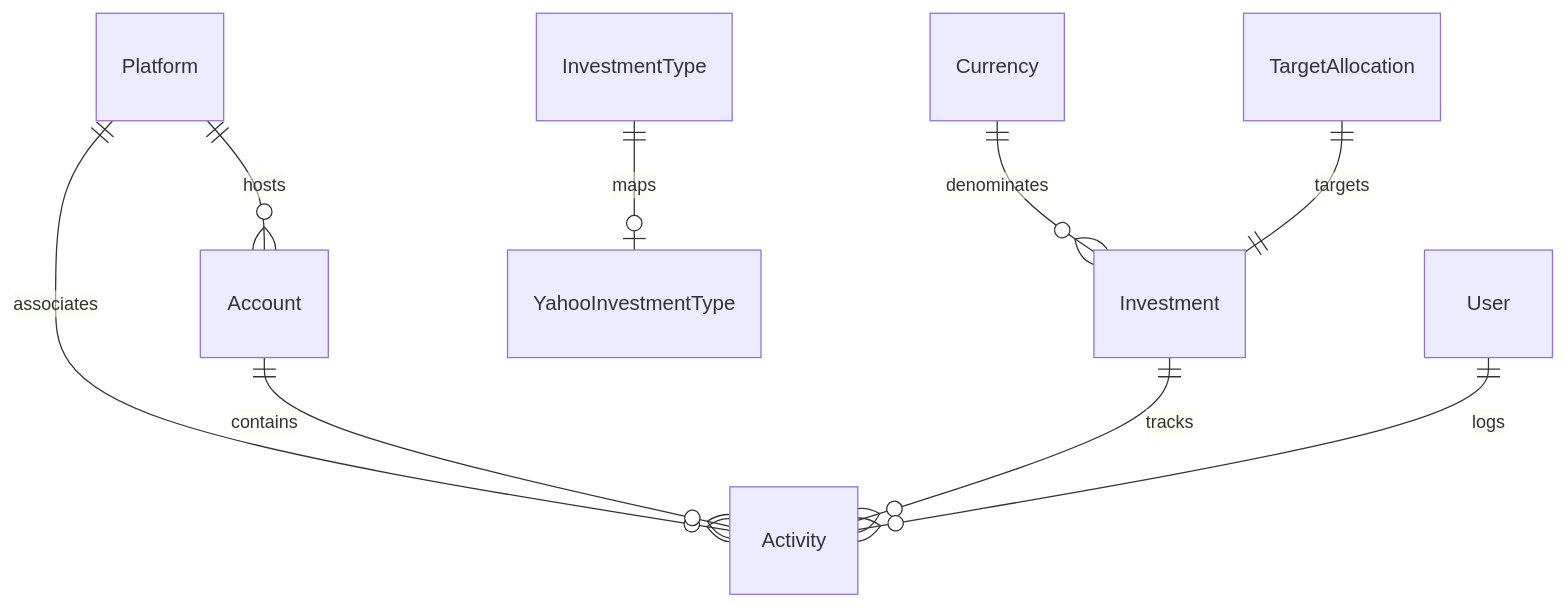
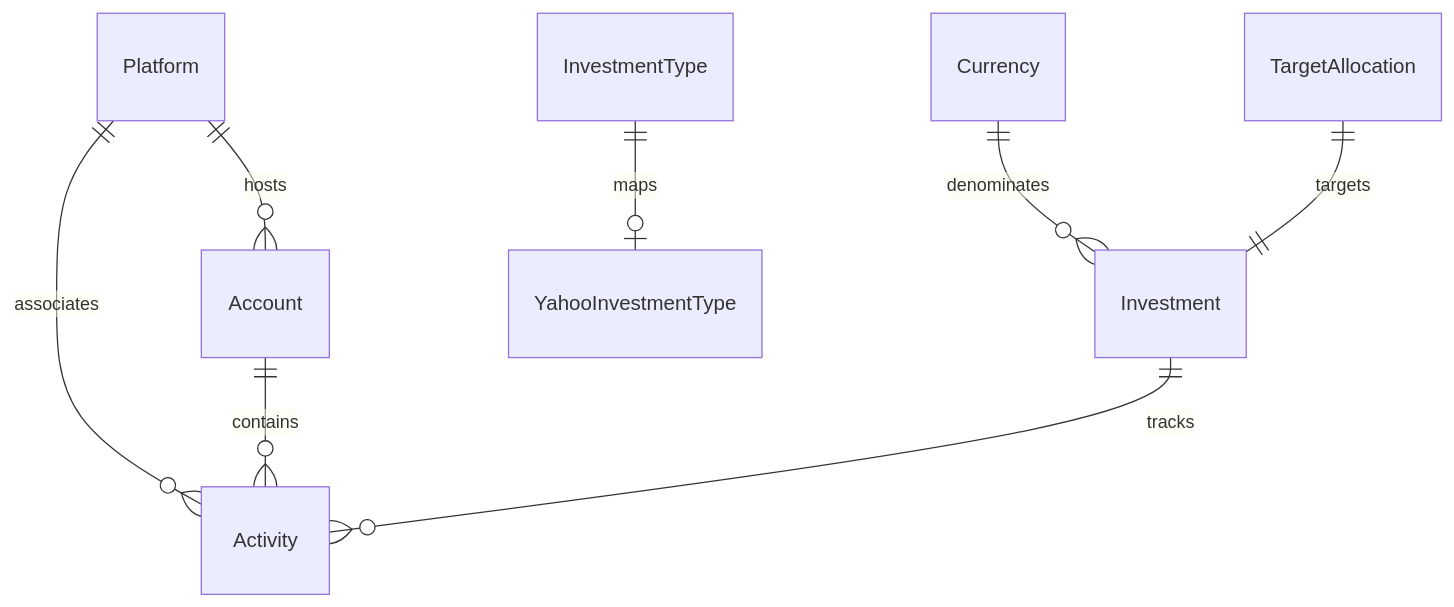
The diagram in docs/wiki/Architecture-&-Developer-Guide.md (rajatpatel92/ascend), drawn with Mermaid before and after one commit. The commit also changed other lines of this file and 11 other files, not shown here.

Commit message:
docs: update README and wiki with all recent features and architecture changes

````diff
--- a/docs/wiki/Architecture-&-Developer-Guide.md
+++ b/docs/wiki/Architecture-&-Developer-Guide.md
@@ -52,11 +50,10 @@
 ```mermaid
 erDiagram
     Platform ||--o{ Account : "hosts"
     Platform ||--o{ Activity : "associates"
     Account ||--o{ Activity : "contains"
     Currency ||--o{ Investment : "denominates"
     Investment ||--o{ Activity : "tracks"
     InvestmentType ||--o| YahooInvestmentType : "maps"
-    User ||--o{ Activity : "logs"
     TargetAllocation ||--|| Investment : "targets"
 ```
````
